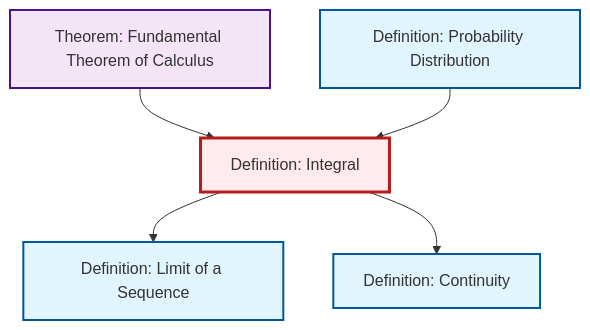
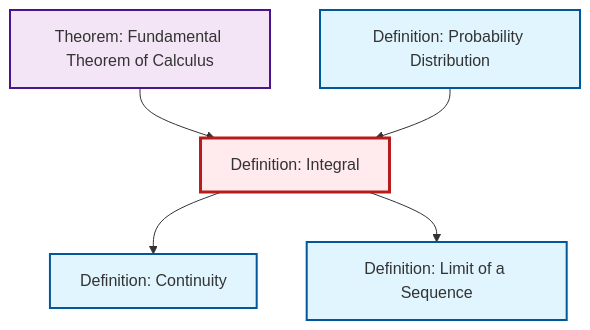
The diagram in content/en/analysis/def-integral.qmd (RK0429/ModernMath), drawn with Mermaid before and after one commit. The commit also changed other lines of this file and 1012 other files, not shown here.

````diff
--- a/content/en/analysis/def-integral.qmd
+++ b/content/en/analysis/def-integral.qmd
@@ -81,23 +81,23 @@
 ```{mermaid}
 %%| fig-cap: "Local dependency graph"
 graph TD
     classDef definition fill:#e1f5fe,stroke:#01579b,stroke-width:2px
     classDef theorem fill:#f3e5f5,stroke:#4a148c,stroke-width:2px
     classDef axiom fill:#fff3e0,stroke:#e65100,stroke-width:2px
     classDef example fill:#e8f5e9,stroke:#1b5e20,stroke-width:2px
     classDef current fill:#ffebee,stroke:#b71c1c,stroke-width:3px
+    def-limit["Definition: Limit of a Sequence"]:::definition
+    def-probability-distribution["Definition: Probability Distribution"]:::definition
+    def-continuity["Definition: Continuity"]:::definition
     def-integral["Definition: Integral"]:::definition
-    def-limit["Definition: Limit of a Sequence"]:::definition
     thm-fundamental-calculus["Theorem: Fundamental Theorem of Calculus"]:::theorem
-    def-continuity["Definition: Continuity"]:::definition
-    def-probability-distribution["Definition: Probability Distribution"]:::definition
-    def-integral --> def-limit
     thm-fundamental-calculus --> def-integral
     def-probability-distribution --> def-integral
     def-integral --> def-continuity
+    def-integral --> def-limit
     class def-integral current
     click def-limit "def-limit.html" "Go to Limit of a Sequence definition"
+    click def-probability-distribution "def-probability-distribution.html" "Go to Probability Distribution definition"
+    click def-continuity "def-continuity.html" "Go to Continuity definition"
     click thm-fundamental-calculus "thm-fundamental-calculus.html" "Go to Fundamental Theorem of Calculus theorem"
-    click def-continuity "def-continuity.html" "Go to Continuity definition"
-    click def-probability-distribution "def-probability-distribution.html" "Go to Probability Distribution definition"
 ```
````
